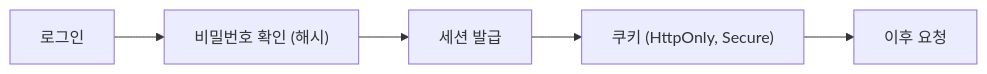
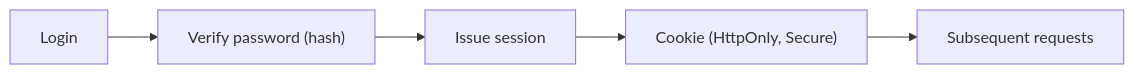
The diagram in content/secure-coding-101/ko/03-authentication-and-session.md (yeongseon-books/book-content), drawn with Mermaid before and after one commit. The commit also changed other lines of this file and 9 other files, not shown here.

````diff
--- a/content/secure-coding-101/ko/03-authentication-and-session.md
+++ b/content/secure-coding-101/ko/03-authentication-and-session.md
@@ -35,7 +49,7 @@
 ```mermaid
 flowchart LR
-    Login["로그인"] --> Verify["비밀번호 확인 (해시)"]
-    Verify --> Issue["세션 발급"]
-    Issue --> Cookie["쿠키 (HttpOnly, Secure)"]
-    Cookie --> Request["이후 요청"]
+    Login["Login"] --> Verify["Verify password (hash)"]
+    Verify --> Issue["Issue session"]
+    Issue --> Cookie["Cookie (HttpOnly, Secure)"]
+    Cookie --> Request["Subsequent requests"]
 ```
````
